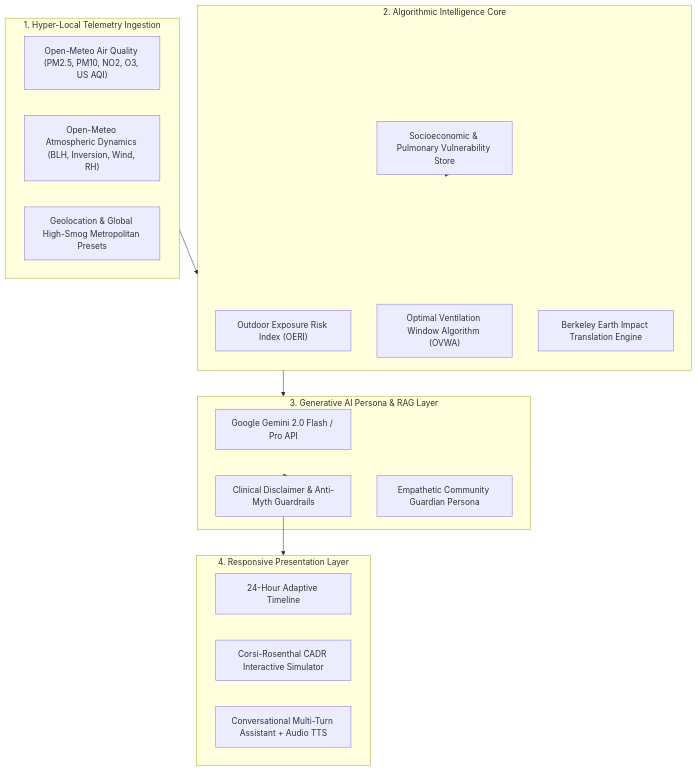
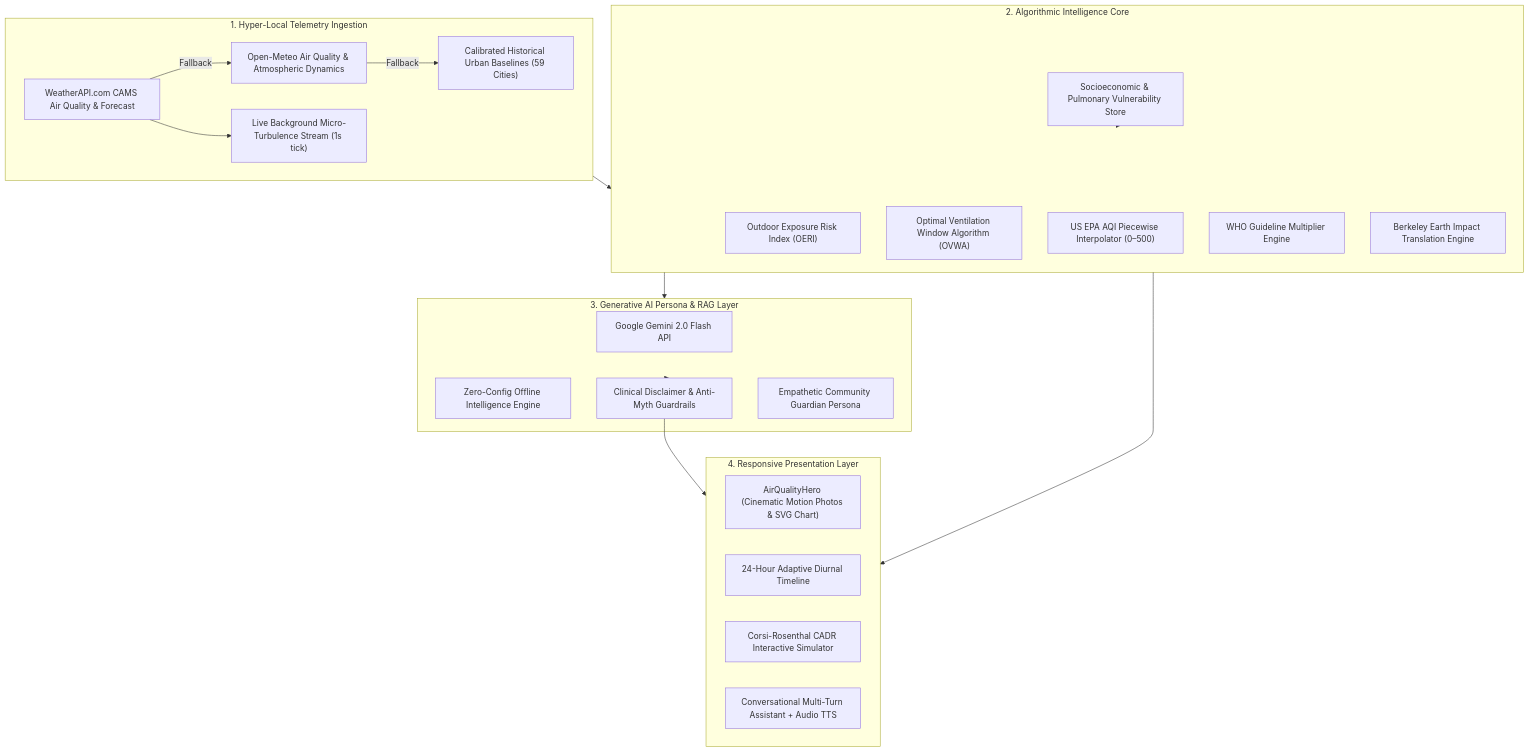
The diagram in README.md (PRIYAGDEV/urban-air-assistant), drawn with Mermaid before and after one commit. The commit also changed other lines of this file and 14 other files, not shown here.

Commit message:
feat: complete CodeRabbit review remediation, add 100-test Vitest suite, and harden architecture, accessibility, and security

````diff
--- a/README.md
+++ b/README.md
@@ -46,33 +60,42 @@
 ```mermaid
 flowchart TD
     subgraph Ingestion["1. Hyper-Local Telemetry Ingestion"]
-        API1["Open-Meteo Air Quality (PM2.5, PM10, NO2, O3, US AQI)"]
-        API2["Open-Meteo Atmospheric Dynamics (BLH, Inversion, Wind, RH)"]
-        GPS["Geolocation & Global High-Smog Metropolitan Presets"]
+        API1["WeatherAPI.com CAMS Air Quality & Forecast"]
+        API2["Open-Meteo Air Quality & Atmospheric Dynamics"]
+        Fallback["Calibrated Historical Urban Baselines (59 Cities)"]
+        Jitter["Live Background Micro-Turbulence Stream (1s tick)"]
+        API1 -->|Fallback| API2
+        API2 -->|Fallback| Fallback
+        API1 --> Jitter
     end
 
     subgraph DecisionCore["2. Algorithmic Intelligence Core"]
         OERI["Outdoor Exposure Risk Index (OERI)"]
         OVWA["Optimal Ventilation Window Algorithm (OVWA)"]
+        EPA["US EPA AQI Piecewise Interpolator (0–500)"]
+        WHO["WHO Guideline Multiplier Engine"]
         Profiles["Socioeconomic & Pulmonary Vulnerability Store"]
         Counterfactual["Berkeley Earth Impact Translation Engine"]
     end
 
     subgraph GenAI["3. Generative AI Persona & RAG Layer"]
-        Gemini["Google Gemini 2.0 Flash / Pro API"]
+        Gemini["Google Gemini 2.0 Flash API"]
+        LocalEngine["Zero-Config Offline Intelligence Engine"]
         SafetyNet["Clinical Disclaimer & Anti-Myth Guardrails"]
         ToneEngine["Empathetic Community Guardian Persona"]
     end
 
     subgraph Client["4. Responsive Presentation Layer"]
-        TimelineUI["24-Hour Adaptive Timeline"]
+        Hero["AirQualityHero (Cinematic Motion Photos & SVG Chart)"]
+        TimelineUI["24-Hour Adaptive Diurnal Timeline"]
         CalculatorUI["Corsi-Rosenthal CADR Interactive Simulator"]
         ChatUI["Conversational Multi-Turn Assistant + Audio TTS"]
     end
 
     Ingestion --> DecisionCore
     Profiles --> DecisionCore
     DecisionCore --> GenAI
     GenAI --> SafetyNet
     SafetyNet --> Client
+    DecisionCore --> Client
 ```
````
